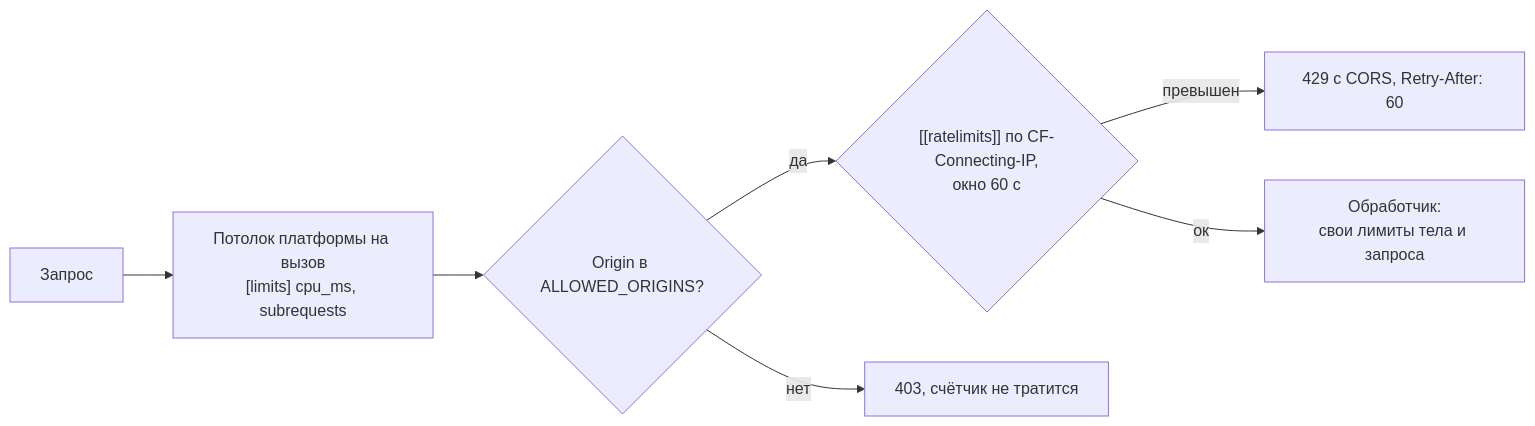
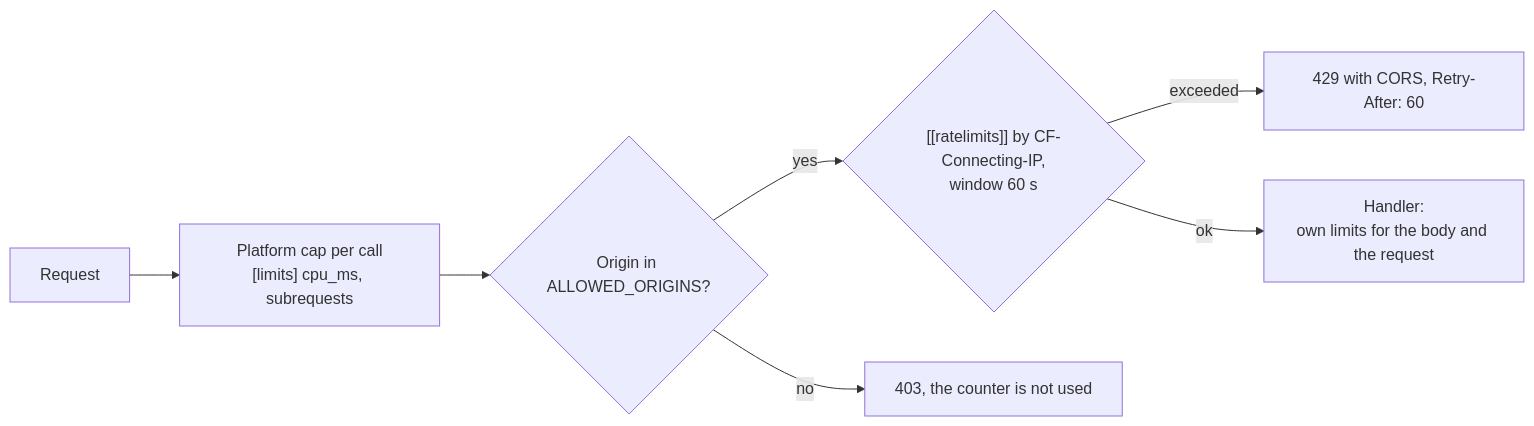
The first of 2 diagrams in docs/architecture/protection.md (sergeycw/nakarte), drawn with Mermaid before and after one commit. The commit also changed other lines of this file and 11 other files, not shown here.

````diff
--- a/docs/architecture/protection.md
+++ b/docs/architecture/protection.md
@@ -9,16 +9,16 @@
 ```mermaid
 flowchart LR
-    req["Запрос"]
-    platform["Потолок платформы на вызов<br/>[limits] cpu_ms, subrequests"]
-    origin{"Origin в ALLOWED_ORIGINS?"}
-    rate{"[[ratelimits]] по CF-Connecting-IP,<br/>окно 60 с"}
-    handler["Обработчик:<br/>свои лимиты тела и запроса"]
-    r403["403, счётчик не тратится"]
-    r429["429 с CORS, Retry-After: 60"]
+    req["Request"]
+    platform["Platform cap per call<br/>[limits] cpu_ms, subrequests"]
+    origin{"Origin in ALLOWED_ORIGINS?"}
+    rate{"[[ratelimits]] by CF-Connecting-IP,<br/>window 60 s"}
+    handler["Handler:<br/>own limits for the body and the request"]
+    r403["403, the counter is not used"]
+    r429["429 with CORS, Retry-After: 60"]
 
     req --> platform --> origin
-    origin -->|"нет"| r403
-    origin -->|"да"| rate
-    rate -->|"превышен"| r429
-    rate -->|"ок"| handler
+    origin -->|"no"| r403
+    origin -->|"yes"| rate
+    rate -->|"exceeded"| r429
+    rate -->|"ok"| handler
 ```
````
